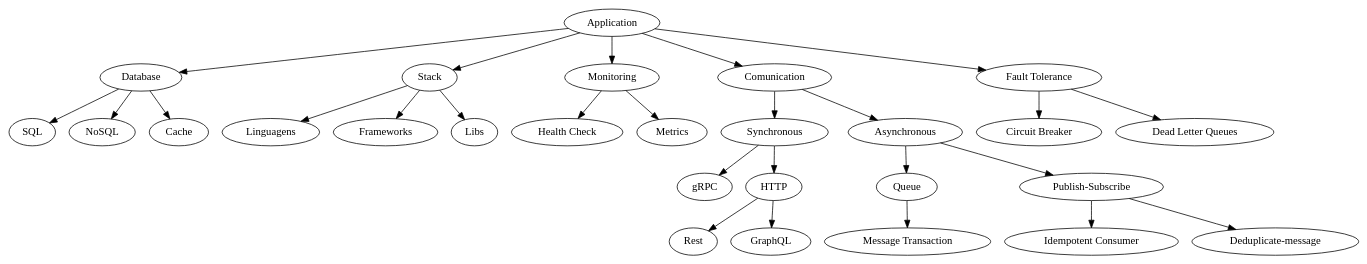
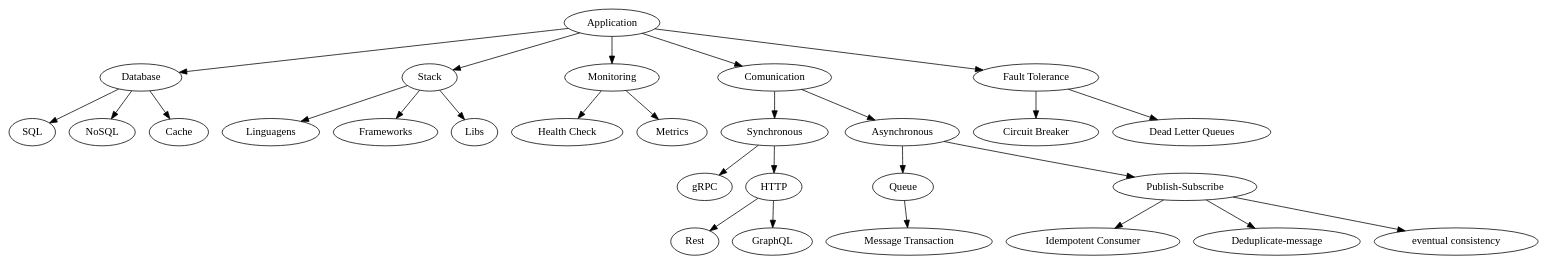
One commit to emmanuelneri/microservices-roadmap changed the diagram in images/microservices-application-roadmap.gv. Above: the diagram before and after it, drawn with Graphviz. The commit also changed 7 other files, not shown here.

```diff
--- a/images/microservices-application-roadmap.gv
+++ b/images/microservices-application-roadmap.gv
@@ -1,56 +1,58 @@
 // Microservices Application Roadmap
 digraph {
 	application [label=Application]
 	application -> db
 	application -> stack
 	application -> monitoring
 	application -> comunication
 	db [label=Database]
 	sql [label=SQL]
 	nosql [label=NoSQL]
 	cache [label=Cache]
 	db -> sql
 	db -> nosql
 	db -> cache
 	stack [label=Stack]
 	linguagens [label=Linguagens]
 	framework [label=Frameworks]
 	lib [label=Libs]
 	stack -> linguagens
 	stack -> framework
 	stack -> lib
 	monitoring [label=Monitoring]
 	"health-check" [label="Health Check"]
 	"app-metrics" [label=Metrics]
 	monitoring -> "health-check"
 	monitoring -> "app-metrics"
 	comunication [label=Comunication]
 	synchronous [label=Synchronous]
 	asynchronous [label=Asynchronous]
 	comunication -> synchronous
 	comunication -> asynchronous
 	grpc [label=gRPC]
 	http [label=HTTP]
 	synchronous -> http
 	synchronous -> grpc
 	rest [label=Rest]
 	graphql [label=GraphQL]
 	http -> rest
 	http -> graphql
 	queue [label=Queue]
 	"pub-sub" [label="Publish-Subscribe"]
 	asynchronous -> queue
 	asynchronous -> "pub-sub"
 	"queue-transaction" [label="Message Transaction"]
 	queue -> "queue-transaction"
 	idempotent [label="Idempotent Consumer"]
 	deduplicate [label="Deduplicate-message"]
+	"eventual-consistency" [label="eventual consistency"]
 	"pub-sub" -> idempotent
 	"pub-sub" -> deduplicate
+	"pub-sub" -> "eventual-consistency"
 	application -> "fault-tolerance"
 	"fault-tolerance" [label="Fault Tolerance"]
 	"app-circuit-breaker" [label="Circuit Breaker"]
 	dlq [label="Dead Letter Queues"]
 	"fault-tolerance" -> "app-circuit-breaker"
 	"fault-tolerance" -> dlq
 }
```
